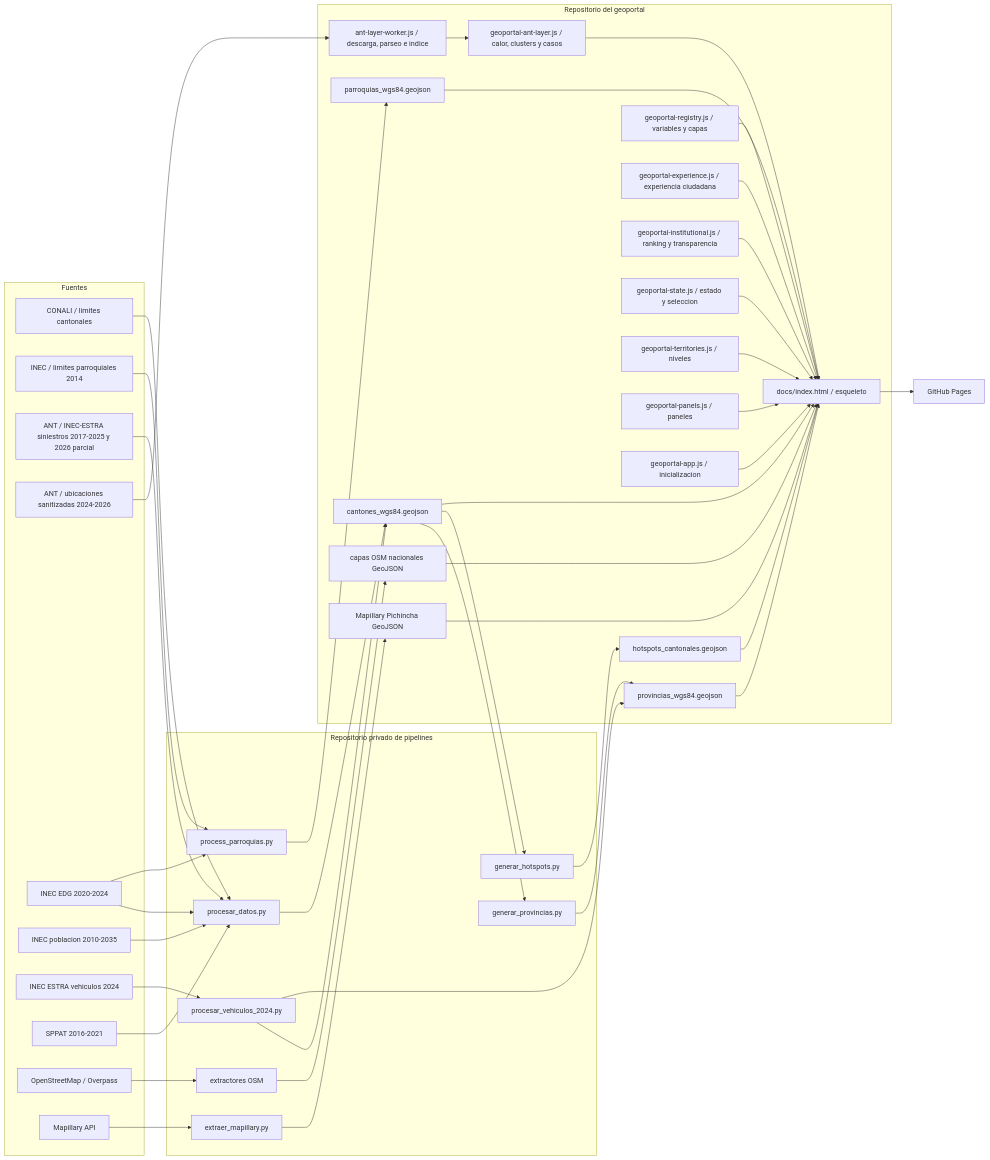
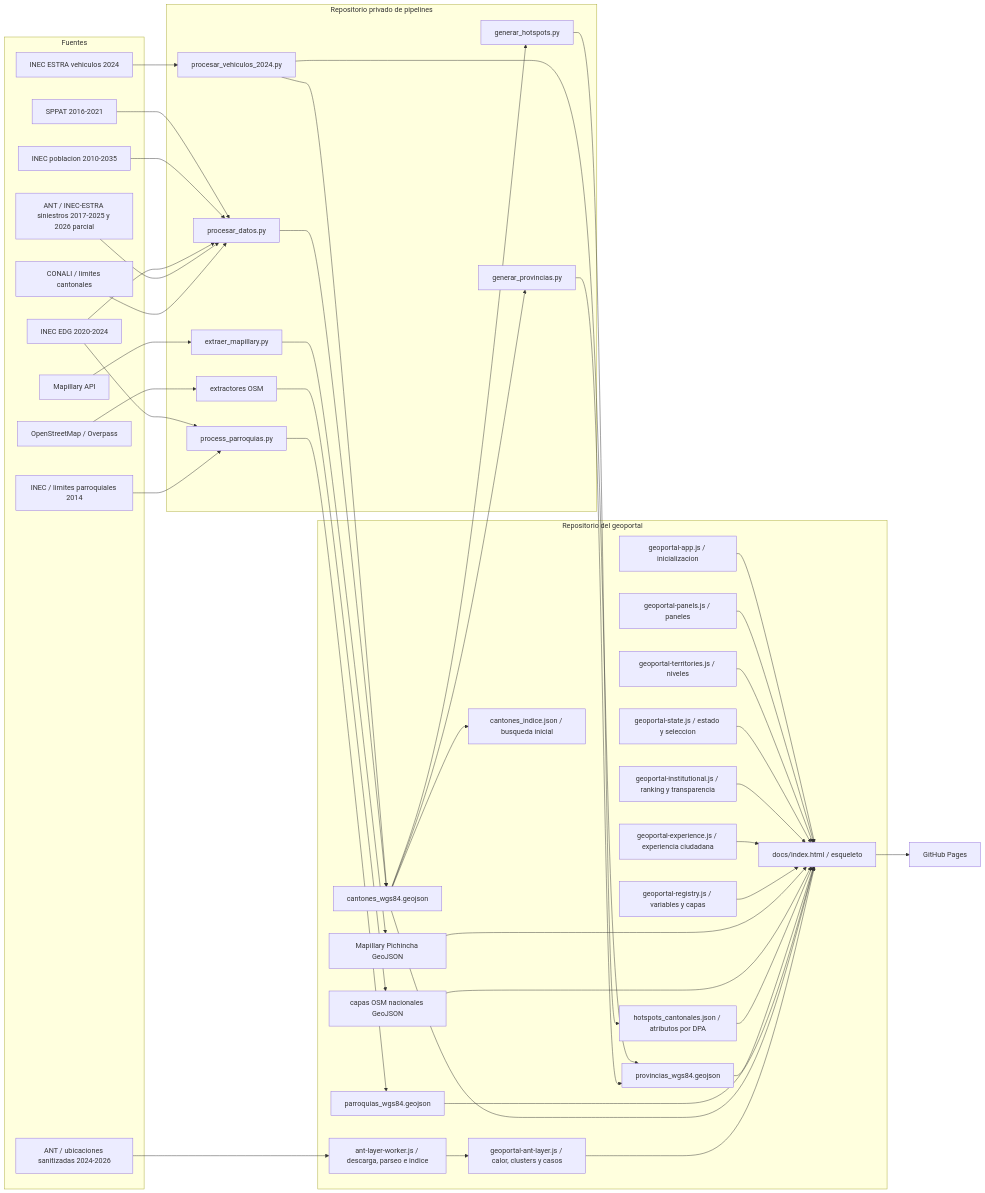
Before and after one commit to fundacionredsa/redsa-observatorio-seguridad-vial: the diagram in documentacion/ARQUITECTURA.md, drawn with Mermaid. The commit also changed other lines of this file and 27 other files, not shown here.

````diff
--- a/documentacion/ARQUITECTURA.md
+++ b/documentacion/ARQUITECTURA.md
@@ -5,70 +5,72 @@
 ```mermaid
 flowchart LR
   subgraph F[Fuentes]
     CONALI[CONALI / limites cantonales]
     INECP[INEC / limites parroquiales 2014]
     SIN[ANT / INEC-ESTRA siniestros 2017-2025 y 2026 parcial]
     ANTP[ANT / ubicaciones sanitizadas 2024-2026]
     EDG[INEC EDG 2020-2024]
     POP[INEC poblacion 2010-2035]
     VEH[INEC ESTRA vehiculos 2024]
     SPPAT[SPPAT 2016-2021]
     OSM[OpenStreetMap / Overpass]
     MAP[Mapillary API]
   end
   subgraph P[Repositorio privado de pipelines]
     BASE[procesar_datos.py]
     PAR[process_parroquias.py]
     PROV[generar_provincias.py]
     HOT[generar_hotspots.py]
     V[procesar_vehiculos_2024.py]
     O[extractores OSM]
     M[extraer_mapillary.py]
   end
   subgraph D[Repositorio del geoportal]
     CANT[cantones_wgs84.geojson]
     PARR[parroquias_wgs84.geojson]
     PROVG[provincias_wgs84.geojson]
-    HOTG[hotspots_cantonales.geojson]
+    HOTG[hotspots_cantonales.json / atributos por DPA]
+    CIDX[cantones_indice.json / busqueda inicial]
     OSMG[capas OSM nacionales GeoJSON]
     MAPG[Mapillary Pichincha GeoJSON]
     WEB[docs/index.html / esqueleto]
     REG[geoportal-registry.js / variables y capas]
     UX[geoportal-experience.js / experiencia ciudadana]
     INST[geoportal-institutional.js / ranking y transparencia]
     STATE[geoportal-state.js / estado y seleccion]
     TERR[geoportal-territories.js / niveles]
     PAN[geoportal-panels.js / paneles]
     APP[geoportal-app.js / inicializacion]
     ANTW[ant-layer-worker.js / descarga, parseo e indice]
     ANTL[geoportal-ant-layer.js / calor, clusters y casos]
   end
   CONALI --> BASE --> CANT
   SIN --> BASE
   ANTP --> ANTW --> ANTL --> WEB
   EDG --> BASE
   POP --> BASE
   SPPAT --> BASE
   INECP --> PAR --> PARR
   EDG --> PAR
   CANT --> PROV --> PROVG
   CANT --> HOT --> HOTG
+  CANT --> CIDX
   VEH --> V --> CANT
   V --> PROVG
   OSM --> O --> OSMG
   MAP --> M --> MAPG
   CANT --> WEB
   PARR --> WEB
   PROVG --> WEB
   HOTG --> WEB
   OSMG --> WEB
   MAPG --> WEB
   REG --> WEB
   UX --> WEB
   INST --> WEB
   STATE --> WEB
   TERR --> WEB
   PAN --> WEB
   APP --> WEB
   WEB --> PAGES[GitHub Pages]
 ```
````
